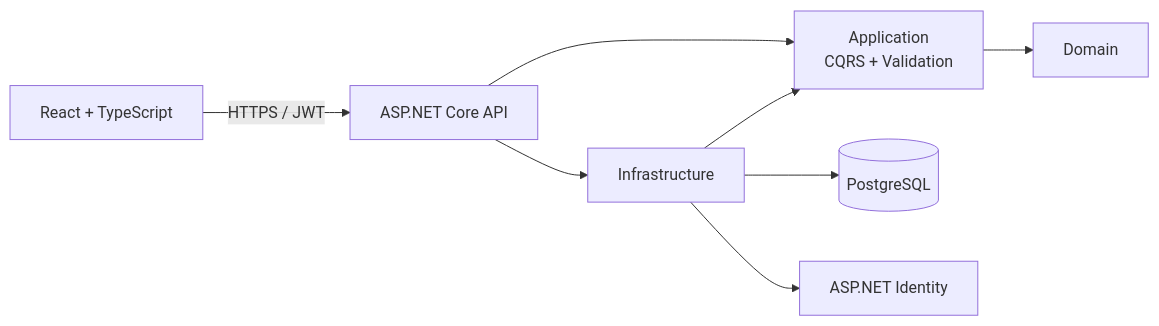
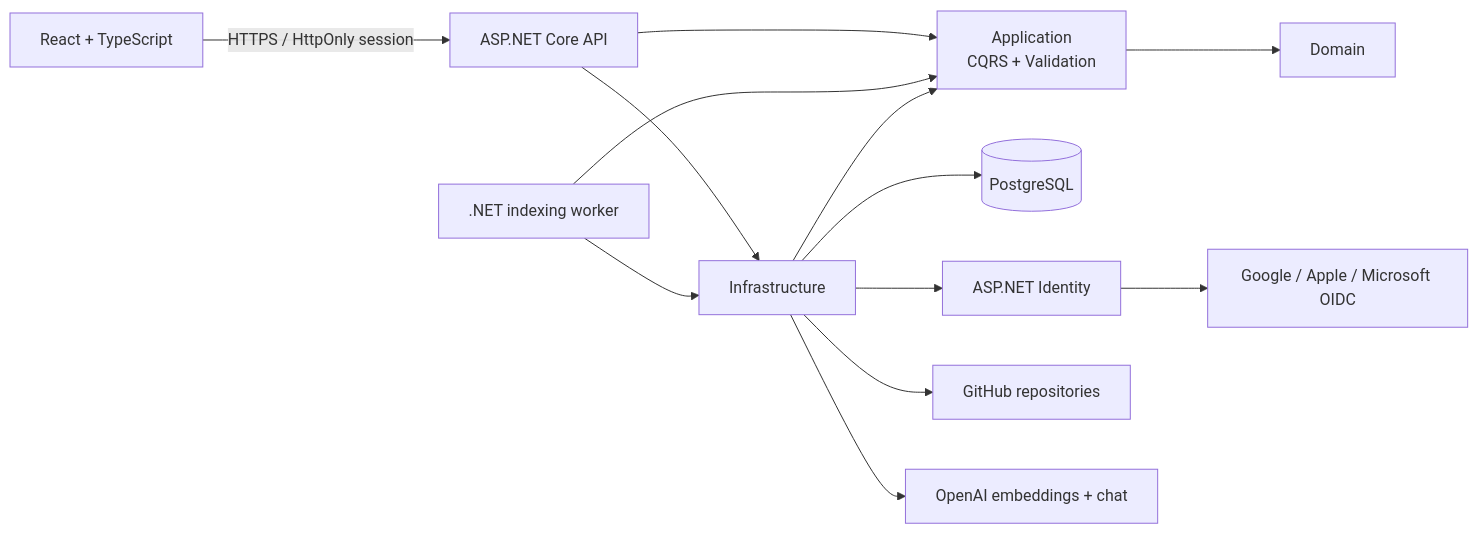
Before and after one commit to jeremymwood/260805-RepoNavAI: the diagram in README.md, drawn with Mermaid. The commit also changed other lines of this file and 1 other file, not shown here.

````diff
--- a/README.md
+++ b/README.md
@@ -11,10 +11,15 @@
 ```mermaid
 flowchart LR
-    Web[React + TypeScript] -->|HTTPS / JWT| API[ASP.NET Core API]
+    Web[React + TypeScript] -->|HTTPS / HttpOnly session| API[ASP.NET Core API]
     API --> App[Application\nCQRS + Validation]
     API --> Infra[Infrastructure]
+    Worker[.NET indexing worker] --> App
+    Worker --> Infra
     Infra --> App
     App --> Domain[Domain]
     Infra --> DB[(PostgreSQL)]
     Infra --> Identity[ASP.NET Identity]
+    Infra --> GitHub[GitHub repositories]
+    Infra --> OpenAI[OpenAI embeddings + chat]
+    Identity --> Providers[Google / Apple / Microsoft OIDC]
 ```
````
